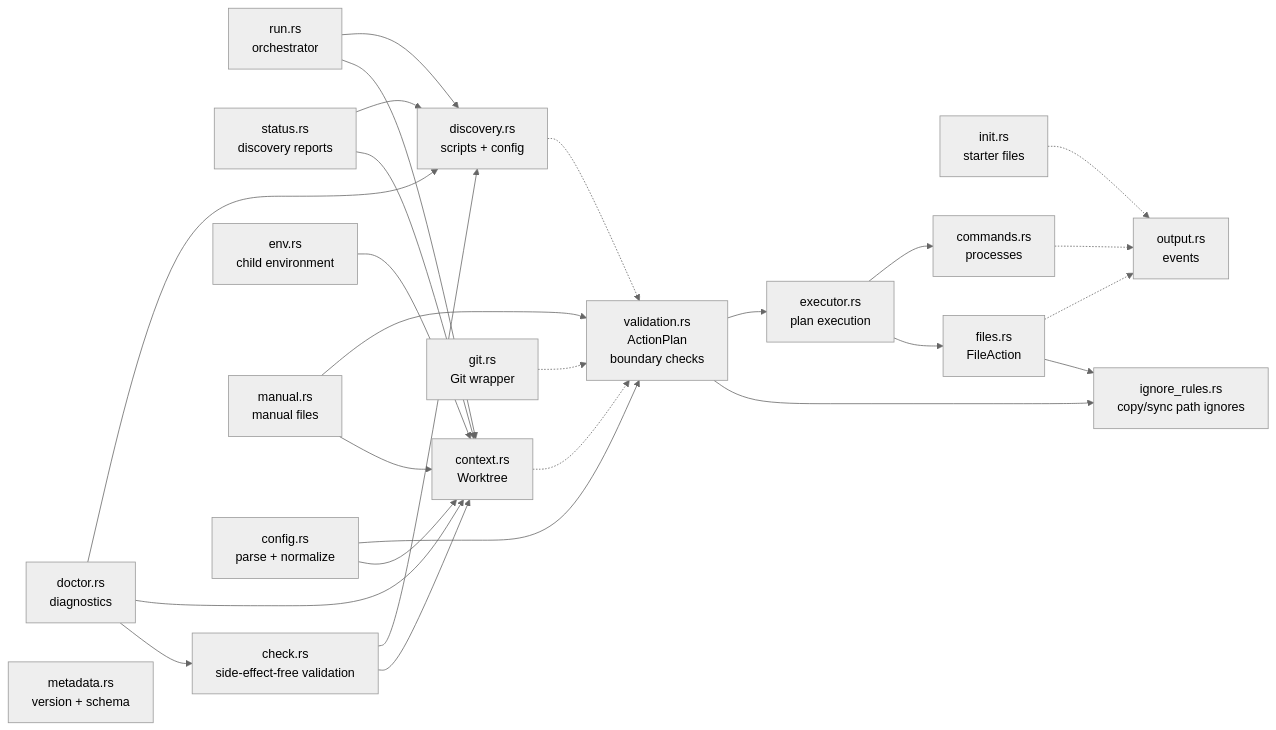
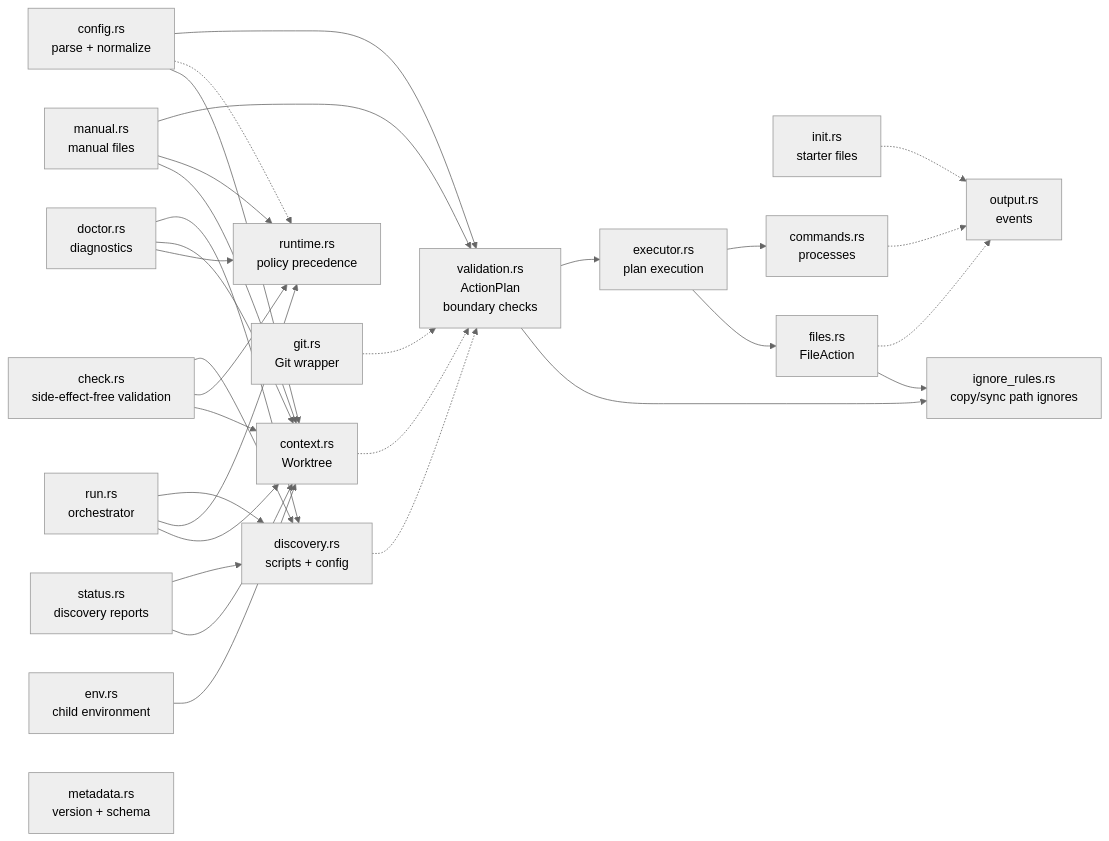
The fifth of 5 diagrams in docs/ARCHITECTURE.md (jimeh/treeboot), drawn with Mermaid (neutral theme) before and after one commit. The commit also changed other lines of this file and 14 other files, not shown here.

First line of the commit message:
feat: align strict diagnostics with runtime policy

````diff
--- a/docs/ARCHITECTURE.md
+++ b/docs/ARCHITECTURE.md
@@ -204,47 +204,52 @@
 ```mermaid
 flowchart LR
   RUN["run.rs<br/>orchestrator"]
   STATUS["status.rs<br/>discovery reports"]
   CHECK["check.rs<br/>side-effect-free validation"]
   DOCTOR["doctor.rs<br/>diagnostics"]
   ENV["env.rs<br/>child environment"]
   MANUAL["manual.rs<br/>manual files"]
   CONFIG["config.rs<br/>parse + normalize"]
+  RUNTIME["runtime.rs<br/>policy precedence"]
   INIT["init.rs<br/>starter files"]
   META["metadata.rs<br/>version + schema"]
   CONTEXT["context.rs<br/>Worktree"]
   DISC["discovery.rs<br/>scripts + config"]
   GIT["git.rs<br/>Git wrapper"]
   IGNORE["ignore_rules.rs<br/>copy/sync path ignores"]
   EXEC["executor.rs<br/>plan execution"]
   VALID["validation.rs<br/>ActionPlan<br/>boundary checks"]
   FILES["files.rs<br/>FileAction"]
   CMDS["commands.rs<br/>processes"]
   OUT["output.rs<br/>events"]
 
   RUN --> CONTEXT
+  RUN --> RUNTIME
   RUN --> DISC
   STATUS --> CONTEXT
   STATUS --> DISC
   CHECK --> CONTEXT
+  CHECK --> RUNTIME
   CHECK --> DISC
-  DOCTOR --> CHECK
+  DOCTOR --> RUNTIME
   DOCTOR --> CONTEXT
   DOCTOR --> DISC
   ENV --> CONTEXT
   MANUAL --> CONTEXT
+  MANUAL --> RUNTIME
   CONFIG --> CONTEXT
+  CONFIG -.-> RUNTIME
   CONTEXT -.-> VALID
   DISC -.-> VALID
   GIT -.-> VALID
   CONFIG --> VALID
   MANUAL --> VALID
   VALID --> IGNORE
   FILES --> IGNORE
   VALID --> EXEC
   EXEC --> FILES
   EXEC --> CMDS
   INIT -.-> OUT
   FILES -.-> OUT
   CMDS -.-> OUT
 ```
````
